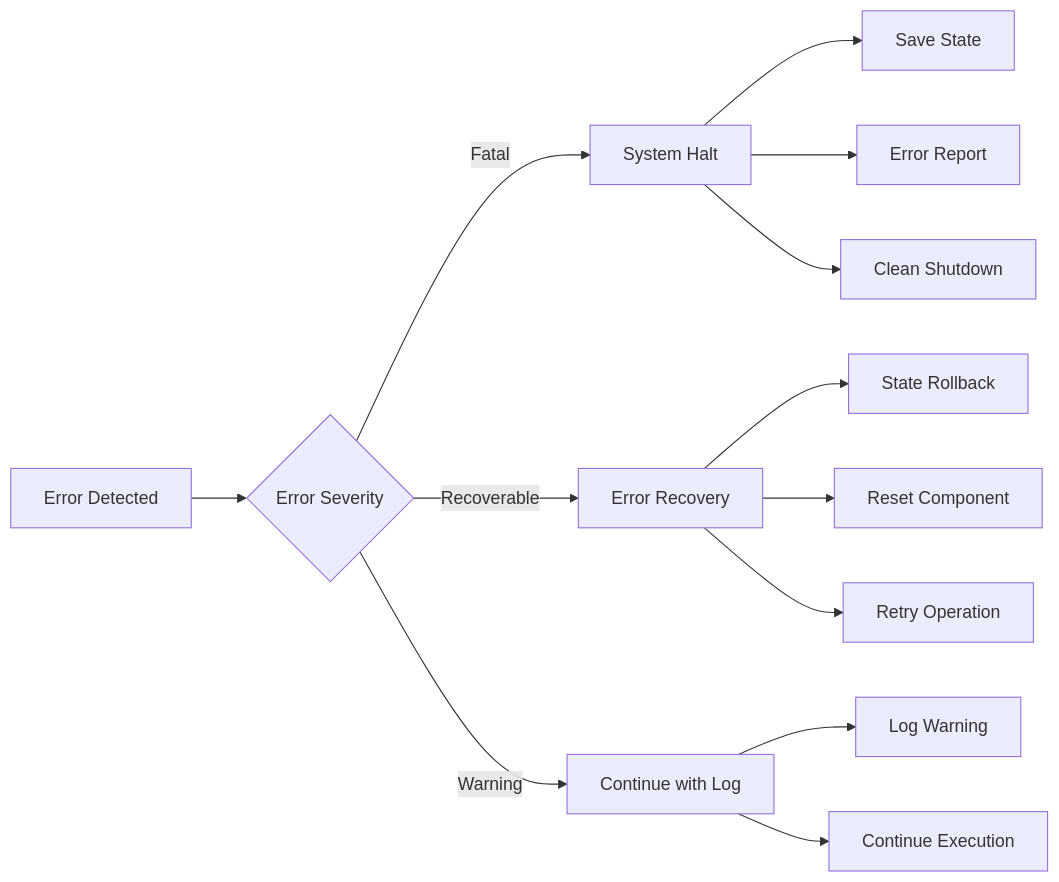
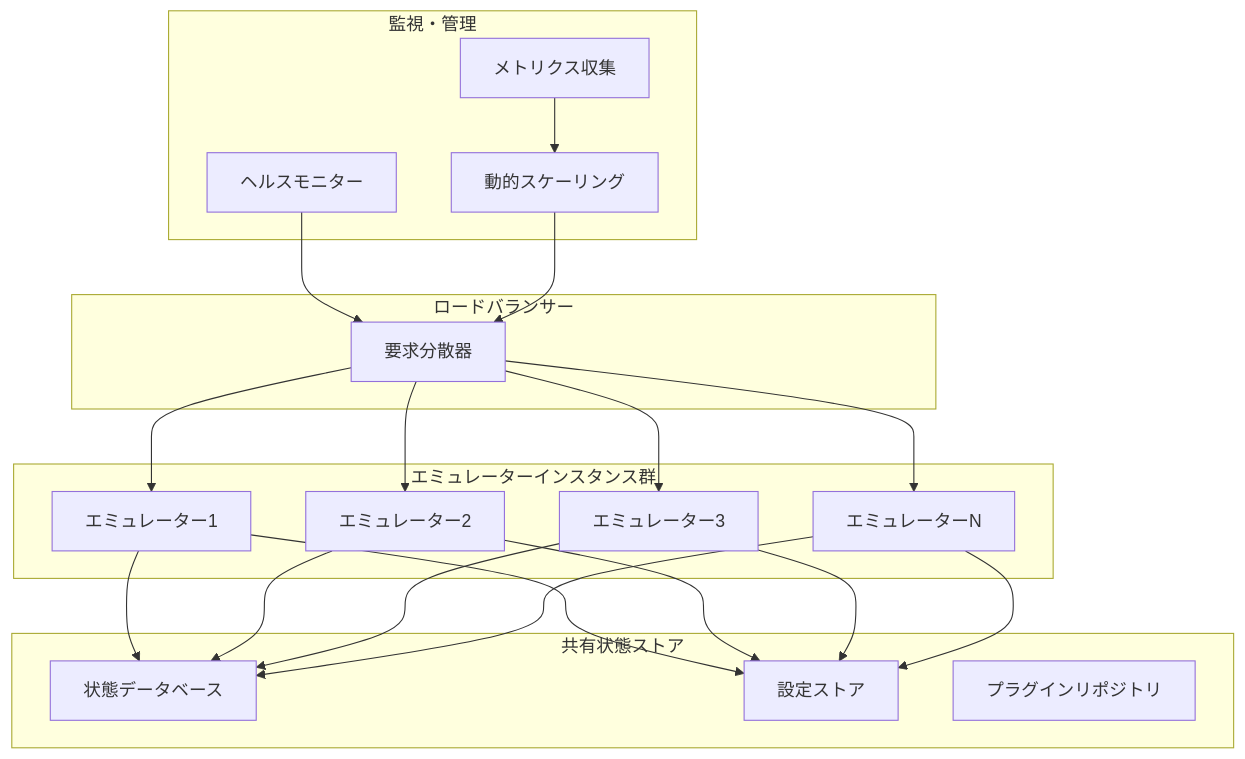
One commit to takeokunn/cl-chip8 changed the tenth of 14 diagrams in docs/explanation/02-architecture-design.md. Above: the diagram before and after it, drawn with Mermaid. The commit also changed other lines of this file and 27 other files, not shown here.

````diff
--- a/docs/explanation/02-architecture-design.md
+++ b/docs/explanation/02-architecture-design.md
@@ -330,18 +840,44 @@
 ```mermaid
-graph LR
-    A[Error Detected] --> B{Error Severity}
-    B -->|Fatal| C[System Halt]
-    B -->|Recoverable| D[Error Recovery]
-    B -->|Warning| E[Continue with Log]
+graph TB
+    subgraph "ロードバランサー"
+        A[要求分散器]
+    end
 
-    C --> C1[Save State]
-    C --> C2[Error Report]
-    C --> C3[Clean Shutdown]
+    subgraph "エミュレーターインスタンス群"
+        B[エミュレーター1]
+        C[エミュレーター2]
+        D[エミュレーター3]
+        E[エミュレーターN]
+    end
 
-    D --> D1[State Rollback]
-    D --> D2[Reset Component]
-    D --> D3[Retry Operation]
+    subgraph "共有状態ストア"
+        F[状態データベース]
+        G[設定ストア]
+        H[プラグインリポジトリ]
+    end
 
-    E --> E1[Log Warning]
-    E --> E2[Continue Execution]
+    subgraph "監視・管理"
+        I[ヘルスモニター]
+        J[メトリクス収集]
+        K[動的スケーリング]
+    end
+
+    A --> B
+    A --> C
+    A --> D
+    A --> E
+
+    B --> F
+    C --> F
+    D --> F
+    E --> F
+
+    B --> G
+    C --> G
+    D --> G
+    E --> G
+
+    I --> A
+    J --> K
+    K --> A
 ```
````
